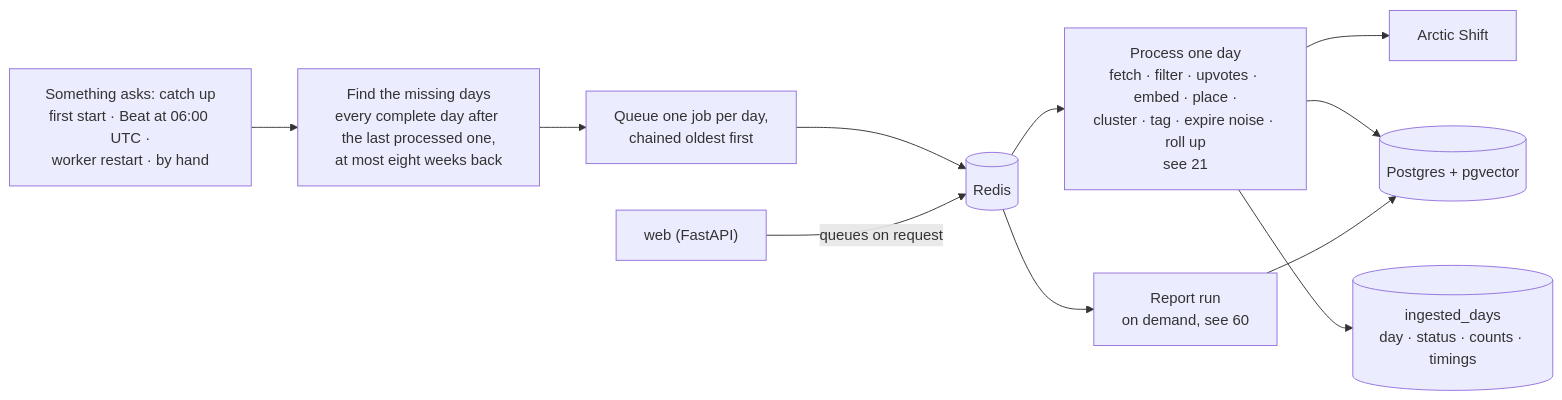
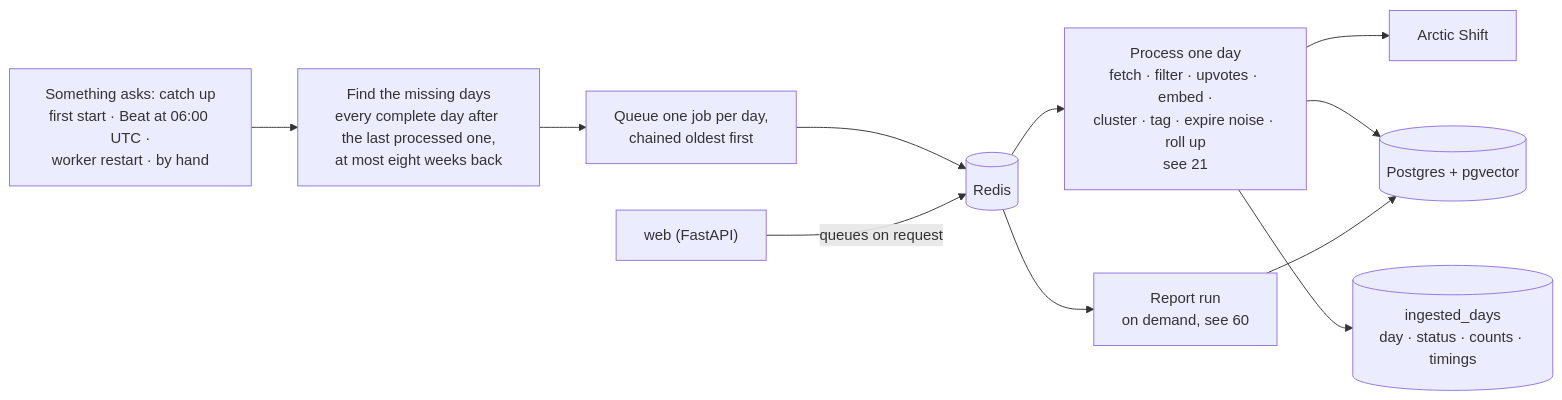
The second of 2 diagrams in docs/atlas/40-backend.md (brianaderer/transcendent), drawn with Mermaid before and after one commit. The commit also changed other lines of this file and 3 other files, not shown here.

````diff
--- a/docs/atlas/40-backend.md
+++ b/docs/atlas/40-backend.md
@@ -70,22 +73,22 @@
 ```mermaid
 flowchart LR
     TRIG["Something asks: catch up<br/>first start · Beat at 06:00 UTC ·<br/>worker restart · by hand"]
     GAP["Find the missing days<br/>every complete day after the last processed one,<br/>at most eight weeks back"]
     CHAIN["Queue one job per day,<br/>chained oldest first"]
-    DAY["Process one day<br/>fetch · filter · upvotes · embed · place ·<br/>cluster · tag · expire noise · roll up<br/>see 21"]
+    DAY["Process one day<br/>fetch · filter · upvotes · embed ·<br/>cluster · tag · expire noise · roll up<br/>see 21"]
     MARK[("ingested_days<br/>day · status · counts · timings")]
     REPJ["Report run<br/>on demand, see 60"]
     WEB["web (FastAPI)"]
     REDIS[("Redis")]
     AS["Arctic Shift"]
     PG[("Postgres + pgvector")]
 
     TRIG --> GAP --> CHAIN --> REDIS
     WEB -->|"queues on request"| REDIS
     REDIS --> DAY
     REDIS --> REPJ
     DAY --> AS
     DAY --> PG
     DAY --> MARK
     REPJ --> PG
 ```
````
